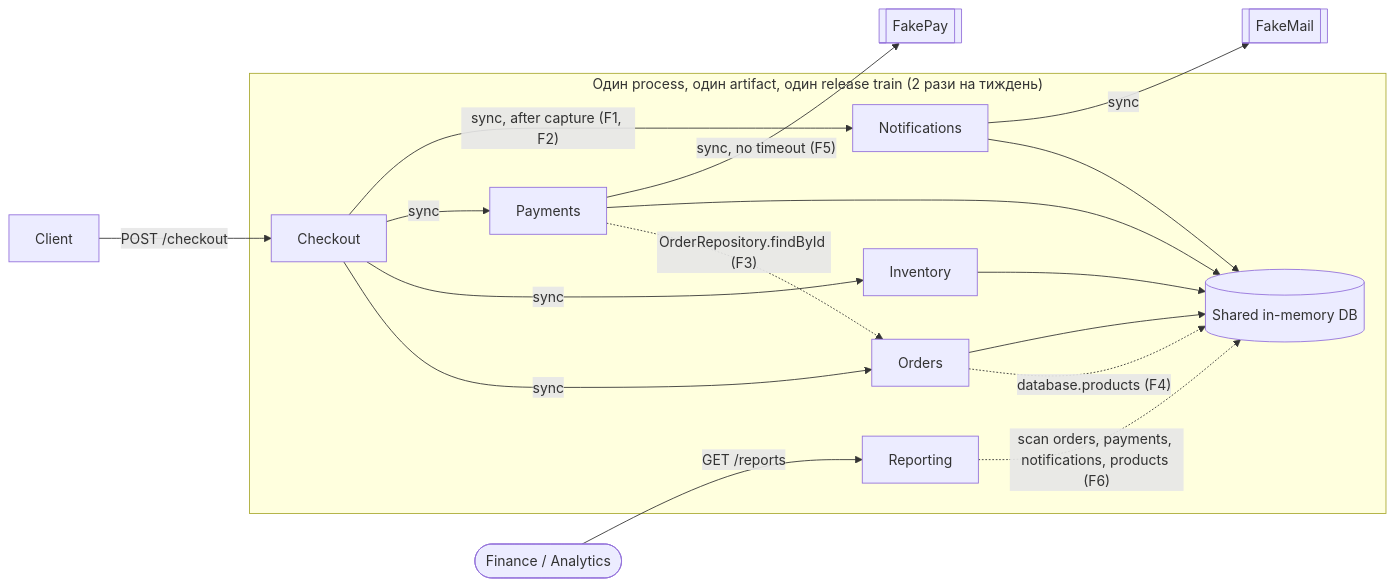
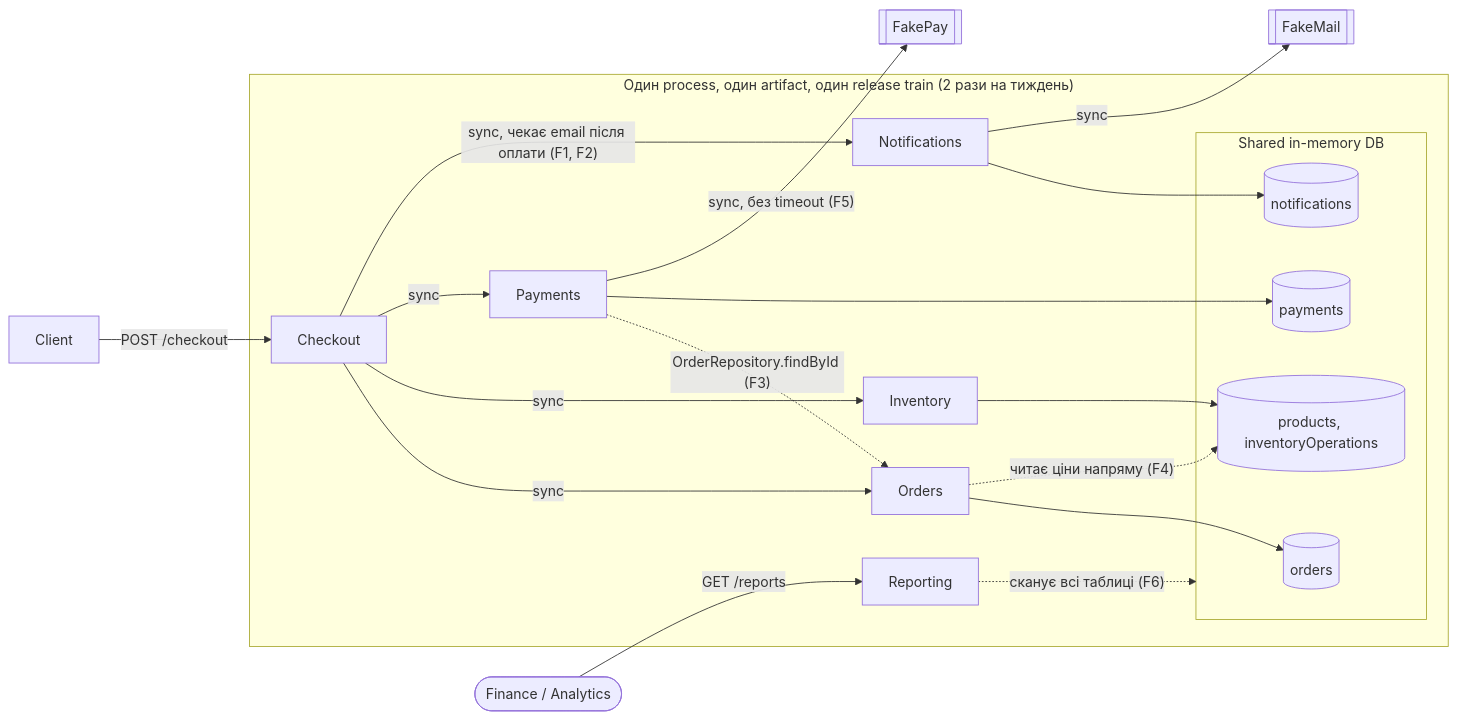
One commit to JuliaVushyvana/OrderFlow-Architecture-under-Change changed the first of 3 diagrams in docs/architecture-analysis.md. Above: the diagram before and after it, drawn with Mermaid. The commit also changed other lines of this file and 1 other file, not shown here.

Commit message:
Simplify architecture analysis

````diff
--- a/docs/architecture-analysis.md
+++ b/docs/architecture-analysis.md
@@ -27,24 +31,32 @@
 ```mermaid
 flowchart LR
     Client -->|POST /checkout| Checkout
+    Finance([Finance / Analytics]) -->|GET /reports| Reporting
 
     subgraph Deploy["Один process, один artifact, один release train (2 рази на тиждень)"]
         Checkout -->|sync| Orders
         Checkout -->|sync| Inventory
         Checkout -->|sync| Payments
-        Checkout -->|"sync, after capture (F1, F2)"| Notifications
+        Checkout -->|"sync, чекає email після оплати (F1, F2)"| Notifications
 
         Payments -.->|"OrderRepository.findById (F3)"| Orders
-        Orders -.->|"database.products (F4)"| DB
-        Reporting -.->|"scan orders, payments, notifications, products (F6)"| DB
 
-        Orders --> DB[(Shared in-memory DB)]
-        Inventory --> DB
-        Payments --> DB
-        Notifications --> DB
+        subgraph DB["Shared in-memory DB"]
+            TOrders[(orders)]
+            TProducts[(products, inventoryOperations)]
+            TPayments[(payments)]
+            TNotifications[(notifications)]
+        end
+
+        Orders --> TOrders
+        Inventory --> TProducts
+        Payments --> TPayments
+        Notifications --> TNotifications
+
+        Orders -.->|"читає ціни напряму (F4)"| TProducts
+        Reporting -.->|"сканує всі таблиці (F6)"| DB
     end
 
-    Payments -->|"sync, no timeout (F5)"| FakePay[[FakePay]]
+    Payments -->|"sync, без timeout (F5)"| FakePay[[FakePay]]
     Notifications -->|sync| FakeMail[[FakeMail]]
-    Finance([Finance / Analytics]) -->|GET /reports| Reporting
 ```
````
